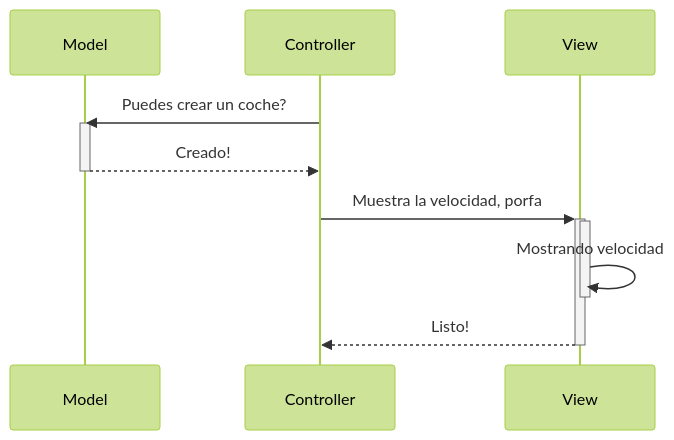
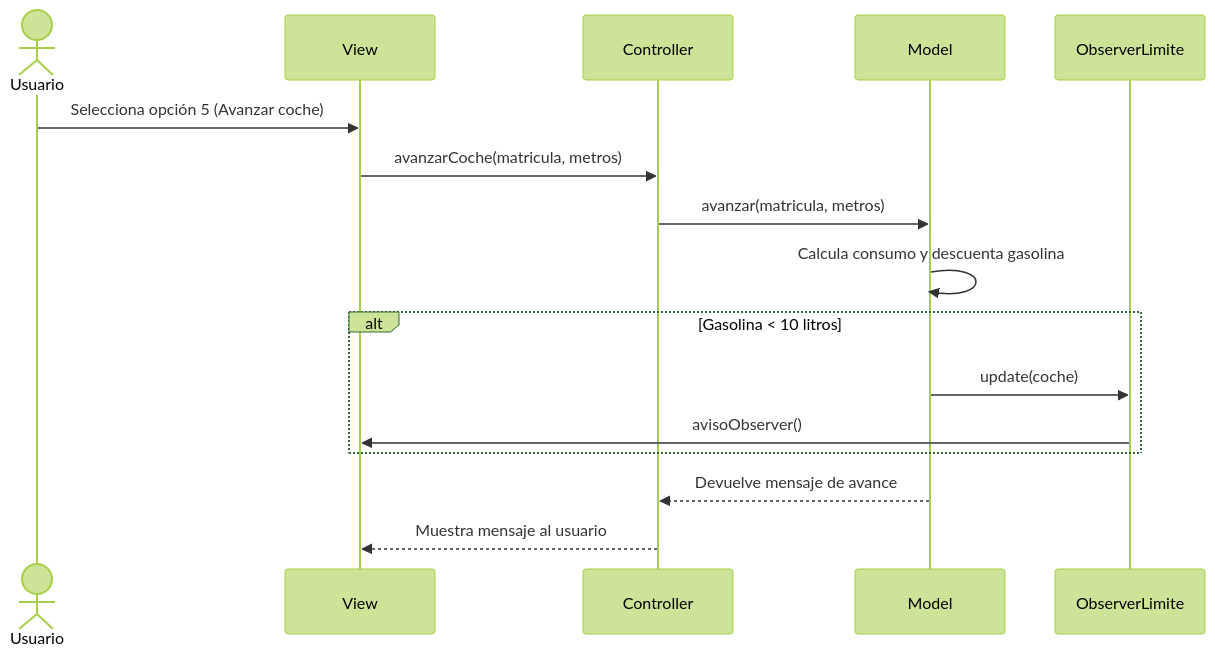
One commit to Adrianmc94/COD_Tarea_MVC changed the diagram in Readme.md. Above: the diagram before and after it, drawn with Mermaid (forest theme). The commit also changed other lines of this file and 3 other files, not shown here.

````diff
--- a/Readme.md
+++ b/Readme.md
@@ -82,15 +5,21 @@
 ```mermaid
 sequenceDiagram
+    actor Usuario
+    participant View
+    participant Controller
     participant Model
-    participant Controller
-    participant View
-    Controller->>Model: Puedes crear un coche?
-    activate Model
-    Model-->>Controller: Creado!
-    deactivate Model
-    Controller->>+View: Muestra la velocidad, porfa
-    activate View
-    View->>-View: Mostrando velocidad
-    View-->>Controller: Listo!
-    deactivate View
+    participant ObserverLimite
+
+    Usuario->>View: Selecciona opción 5 (Avanzar coche)
+    View->>Controller: avanzarCoche(matricula, metros)
+    Controller->>Model: avanzar(matricula, metros)
+    Model->>Model: Calcula consumo y descuenta gasolina
+
+    alt Gasolina < 10 litros
+        Model->>ObserverLimite: update(coche)
+        ObserverLimite->>View: avisoObserver()
+    end
+
+    Model-->>Controller: Devuelve mensaje de avance
+    Controller-->>View: Muestra mensaje al usuario
 ```
````
